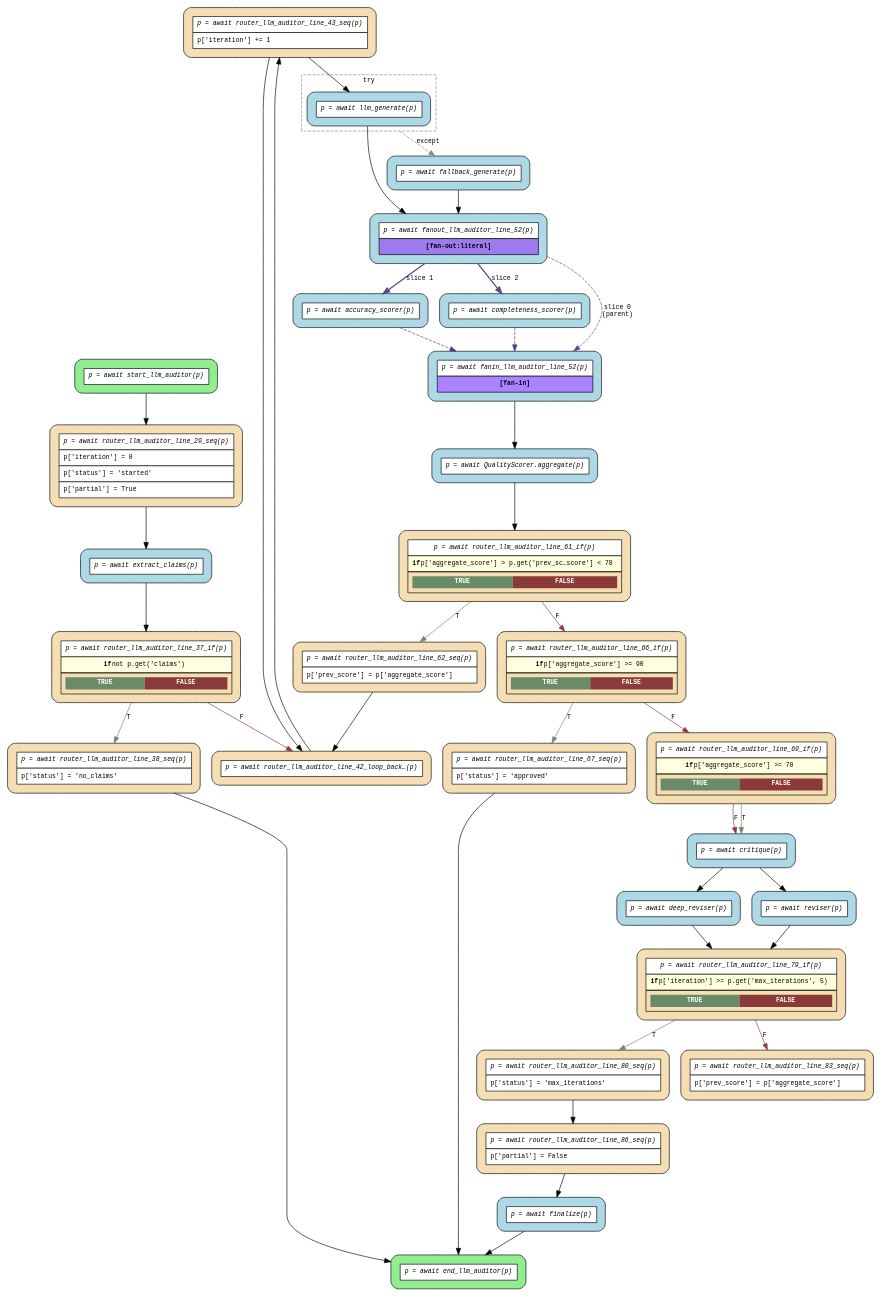
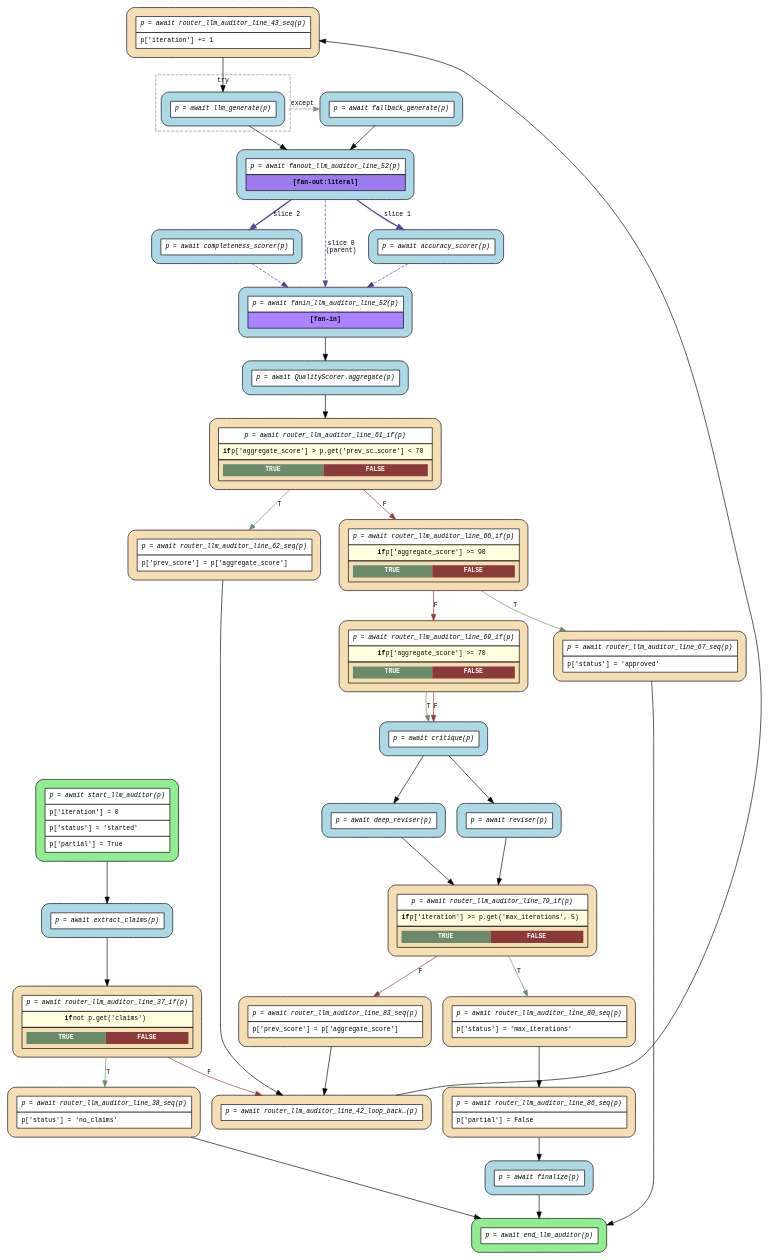
One commit to deliveryhero/asya changed the diagram in examples/flows/compiled/adk_llm_auditor/flow.dot. Above: the diagram before and after it, drawn with Graphviz. The commit also changed 6 other files, not shown here.

```diff
--- a/examples/flows/compiled/adk_llm_auditor/flow.dot
+++ b/examples/flows/compiled/adk_llm_auditor/flow.dot
@@ -5,23 +5,22 @@
   node [fontname="Courier", fontsize=10, shape=box, style="filled,rounded", margin="0.2"];
   edge [fontname="Courier", fontsize=10];
 
-  start_llm_auditor [fillcolor="lightgreen", label=<<table border="0" cellspacing="0" cellpadding="6" cellborder="1"><tr><td bgcolor="white" align="center"><i>p = await start_llm_auditor(p)</i></td></tr></table>>];
-  router_llm_auditor_line_38_seq [fillcolor="wheat", label=<<table border="0" cellspacing="0" cellpadding="6" cellborder="1"><tr><td bgcolor="white" align="center"><i>p = await router_llm_auditor_line_38_seq(p)</i></td></tr><tr><td bgcolor="white" align="left">p['status'] = 'no_claims'</td></tr></table>>];
-  router_llm_auditor_line_86_seq [fillcolor="wheat", label=<<table border="0" cellspacing="0" cellpadding="6" cellborder="1"><tr><td bgcolor="white" align="center"><i>p = await router_llm_auditor_line_86_seq(p)</i></td></tr><tr><td bgcolor="white" align="left">p['partial'] = False</td></tr></table>>];
-  router_llm_auditor_line_62_seq [fillcolor="wheat", label=<<table border="0" cellspacing="0" cellpadding="6" cellborder="1"><tr><td bgcolor="white" align="center"><i>p = await router_llm_auditor_line_62_seq(p)</i></td></tr><tr><td bgcolor="white" align="left">p['prev_score'] = p['aggregate_score']</td></tr></table>>];
-  router_llm_auditor_line_67_seq [fillcolor="wheat", label=<<table border="0" cellspacing="0" cellpadding="6" cellborder="1"><tr><td bgcolor="white" align="center"><i>p = await router_llm_auditor_line_67_seq(p)</i></td></tr><tr><td bgcolor="white" align="left">p['status'] = 'approved'</td></tr></table>>];
-  router_llm_auditor_line_69_if [fillcolor="wheat", label=<<table border="0" cellspacing="0" cellpadding="6" cellborder="1"><tr><td bgcolor="white" align="center"><i>p = await router_llm_auditor_line_69_if(p)</i></td></tr><tr><td bgcolor="lightyellow"><b>if</b> p['aggregate_score'] &gt;= 70</td></tr><tr><td><table border="0" cellspacing="0" cellpadding="4"><tr><td bgcolor="darkseagreen4"><font color="white"><b>TRUE</b></font></td><td bgcolor="indianred4"><font color="white"><b>FALSE</b></font></td></tr></table></td></tr></table>>];
-  router_llm_auditor_line_80_seq [fillcolor="wheat", label=<<table border="0" cellspacing="0" cellpadding="6" cellborder="1"><tr><td bgcolor="white" align="center"><i>p = await router_llm_auditor_line_80_seq(p)</i></td></tr><tr><td bgcolor="white" align="left">p['status'] = 'max_iterations'</td></tr></table>>];
-  router_llm_auditor_line_83_seq [fillcolor="wheat", label=<<table border="0" cellspacing="0" cellpadding="6" cellborder="1"><tr><td bgcolor="white" align="center"><i>p = await router_llm_auditor_line_83_seq(p)</i></td></tr><tr><td bgcolor="white" align="left">p['prev_score'] = p['aggregate_score']</td></tr></table>>];
-  router_llm_auditor_line_79_if [fillcolor="wheat", label=<<table border="0" cellspacing="0" cellpadding="6" cellborder="1"><tr><td bgcolor="white" align="center"><i>p = await router_llm_auditor_line_79_if(p)</i></td></tr><tr><td bgcolor="lightyellow"><b>if</b> p['iteration'] &gt;= p.get('max_iterations', 5)</td></tr><tr><td><table border="0" cellspacing="0" cellpadding="4"><tr><td bgcolor="darkseagreen4"><font color="white"><b>TRUE</b></font></td><td bgcolor="indianred4"><font color="white"><b>FALSE</b></font></td></tr></table></td></tr></table>>];
-  router_llm_auditor_line_66_if [fillcolor="wheat", label=<<table border="0" cellspacing="0" cellpadding="6" cellborder="1"><tr><td bgcolor="white" align="center"><i>p = await router_llm_auditor_line_66_if(p)</i></td></tr><tr><td bgcolor="lightyellow"><b>if</b> p['aggregate_score'] &gt;= 90</td></tr><tr><td><table border="0" cellspacing="0" cellpadding="4"><tr><td bgcolor="darkseagreen4"><font color="white"><b>TRUE</b></font></td><td bgcolor="indianred4"><font color="white"><b>FALSE</b></font></td></tr></table></td></tr></table>>];
-  router_llm_auditor_line_61_if [fillcolor="wheat", label=<<table border="0" cellspacing="0" cellpadding="6" cellborder="1"><tr><td bgcolor="white" align="center"><i>p = await router_llm_auditor_line_61_if(p)</i></td></tr><tr><td bgcolor="lightyellow"><b>if</b> p['aggregate_score'] &gt; p.get('prev_sc…score'] &lt; 70</td></tr><tr><td><table border="0" cellspacing="0" cellpadding="4"><tr><td bgcolor="darkseagreen4"><font color="white"><b>TRUE</b></font></td><td bgcolor="indianred4"><font color="white"><b>FALSE</b></font></td></tr></table></td></tr></table>>];
-  fanout_llm_auditor_line_52 [fillcolor="lightblue", label=<<table border="0" cellspacing="0" cellpadding="6" cellborder="1"><tr><td bgcolor="white" align="center"><i>p = await fanout_llm_auditor_line_52(p)</i></td></tr><tr><td bgcolor="mediumpurple2" align="center"><b>[fan-out:literal]</b></td></tr></table>>];
-  router_llm_auditor_line_43_seq [fillcolor="wheat", label=<<table border="0" cellspacing="0" cellpadding="6" cellborder="1"><tr><td bgcolor="white" align="center"><i>p = await router_llm_auditor_line_43_seq(p)</i></td></tr><tr><td bgcolor="white" align="left">p['iteration'] += 1</td></tr></table>>];
-  router_llm_auditor_line_42_loop_back_0 [fillcolor="wheat", label=<<table border="0" cellspacing="0" cellpadding="6" cellborder="1"><tr><td bgcolor="white" align="center"><i>p = await router_llm_auditor_line_42_loop_back…(p)</i></td></tr></table>>];
-  router_llm_auditor_line_37_if [fillcolor="wheat", label=<<table border="0" cellspacing="0" cellpadding="6" cellborder="1"><tr><td bgcolor="white" align="center"><i>p = await router_llm_auditor_line_37_if(p)</i></td></tr><tr><td bgcolor="lightyellow"><b>if</b> not p.get('claims')</td></tr><tr><td><table border="0" cellspacing="0" cellpadding="4"><tr><td bgcolor="darkseagreen4"><font color="white"><b>TRUE</b></font></td><td bgcolor="indianred4"><font color="white"><b>FALSE</b></font></td></tr></table></td></tr></table>>];
-  router_llm_auditor_line_29_seq [fillcolor="wheat", label=<<table border="0" cellspacing="0" cellpadding="6" cellborder="1"><tr><td bgcolor="white" align="center"><i>p = await router_llm_auditor_line_29_seq(p)</i></td></tr><tr><td bgcolor="white" align="left">p['iteration'] = 0</td></tr><tr><td bgcolor="white" align="left">p['status'] = 'started'</td></tr><tr><td bgcolor="white" align="left">p['partial'] = True</td></tr></table>>];
-  end_llm_auditor [fillcolor="lightgreen", label=<<table border="0" cellspacing="0" cellpadding="6" cellborder="1"><tr><td bgcolor="white" align="center"><i>p = await end_llm_auditor(p)</i></td></tr></table>>];
+  start_llm_auditor [fillcolor="lightgreen", group="main", label=<<table border="0" cellspacing="0" cellpadding="6" cellborder="1"><tr><td bgcolor="white" align="center"><i>p = await start_llm_auditor(p)</i></td></tr><tr><td bgcolor="white" align="left">p['iteration'] = 0</td></tr><tr><td bgcolor="white" align="left">p['status'] = 'started'</td></tr><tr><td bgcolor="white" align="left">p['partial'] = True</td></tr></table>>];
+  router_llm_auditor_line_38_seq [fillcolor="wheat", group="main", label=<<table border="0" cellspacing="0" cellpadding="6" cellborder="1"><tr><td bgcolor="white" align="center"><i>p = await router_llm_auditor_line_38_seq(p)</i></td></tr><tr><td bgcolor="white" align="left">p['status'] = 'no_claims'</td></tr></table>>];
+  router_llm_auditor_line_86_seq [fillcolor="wheat", group="main", label=<<table border="0" cellspacing="0" cellpadding="6" cellborder="1"><tr><td bgcolor="white" align="center"><i>p = await router_llm_auditor_line_86_seq(p)</i></td></tr><tr><td bgcolor="white" align="left">p['partial'] = False</td></tr></table>>];
+  router_llm_auditor_line_62_seq [fillcolor="wheat", group="main", label=<<table border="0" cellspacing="0" cellpadding="6" cellborder="1"><tr><td bgcolor="white" align="center"><i>p = await router_llm_auditor_line_62_seq(p)</i></td></tr><tr><td bgcolor="white" align="left">p['prev_score'] = p['aggregate_score']</td></tr></table>>];
+  router_llm_auditor_line_67_seq [fillcolor="wheat", group="main", label=<<table border="0" cellspacing="0" cellpadding="6" cellborder="1"><tr><td bgcolor="white" align="center"><i>p = await router_llm_auditor_line_67_seq(p)</i></td></tr><tr><td bgcolor="white" align="left">p['status'] = 'approved'</td></tr></table>>];
+  router_llm_auditor_line_69_if [fillcolor="wheat", group="main", label=<<table border="0" cellspacing="0" cellpadding="6" cellborder="1"><tr><td bgcolor="white" align="center"><i>p = await router_llm_auditor_line_69_if(p)</i></td></tr><tr><td bgcolor="lightyellow"><b>if</b> p['aggregate_score'] &gt;= 70</td></tr><tr><td><table border="0" cellspacing="0" cellpadding="4"><tr><td bgcolor="darkseagreen4"><font color="white"><b>TRUE</b></font></td><td bgcolor="indianred4"><font color="white"><b>FALSE</b></font></td></tr></table></td></tr></table>>];
+  router_llm_auditor_line_80_seq [fillcolor="wheat", group="main", label=<<table border="0" cellspacing="0" cellpadding="6" cellborder="1"><tr><td bgcolor="white" align="center"><i>p = await router_llm_auditor_line_80_seq(p)</i></td></tr><tr><td bgcolor="white" align="left">p['status'] = 'max_iterations'</td></tr></table>>];
+  router_llm_auditor_line_83_seq [fillcolor="wheat", group="main", label=<<table border="0" cellspacing="0" cellpadding="6" cellborder="1"><tr><td bgcolor="white" align="center"><i>p = await router_llm_auditor_line_83_seq(p)</i></td></tr><tr><td bgcolor="white" align="left">p['prev_score'] = p['aggregate_score']</td></tr></table>>];
+  router_llm_auditor_line_79_if [fillcolor="wheat", group="main", label=<<table border="0" cellspacing="0" cellpadding="6" cellborder="1"><tr><td bgcolor="white" align="center"><i>p = await router_llm_auditor_line_79_if(p)</i></td></tr><tr><td bgcolor="lightyellow"><b>if</b> p['iteration'] &gt;= p.get('max_iterations', 5)</td></tr><tr><td><table border="0" cellspacing="0" cellpadding="4"><tr><td bgcolor="darkseagreen4"><font color="white"><b>TRUE</b></font></td><td bgcolor="indianred4"><font color="white"><b>FALSE</b></font></td></tr></table></td></tr></table>>];
+  router_llm_auditor_line_66_if [fillcolor="wheat", group="main", label=<<table border="0" cellspacing="0" cellpadding="6" cellborder="1"><tr><td bgcolor="white" align="center"><i>p = await router_llm_auditor_line_66_if(p)</i></td></tr><tr><td bgcolor="lightyellow"><b>if</b> p['aggregate_score'] &gt;= 90</td></tr><tr><td><table border="0" cellspacing="0" cellpadding="4"><tr><td bgcolor="darkseagreen4"><font color="white"><b>TRUE</b></font></td><td bgcolor="indianred4"><font color="white"><b>FALSE</b></font></td></tr></table></td></tr></table>>];
+  router_llm_auditor_line_61_if [fillcolor="wheat", group="main", label=<<table border="0" cellspacing="0" cellpadding="6" cellborder="1"><tr><td bgcolor="white" align="center"><i>p = await router_llm_auditor_line_61_if(p)</i></td></tr><tr><td bgcolor="lightyellow"><b>if</b> p['aggregate_score'] &gt; p.get('prev_sc…score'] &lt; 70</td></tr><tr><td><table border="0" cellspacing="0" cellpadding="4"><tr><td bgcolor="darkseagreen4"><font color="white"><b>TRUE</b></font></td><td bgcolor="indianred4"><font color="white"><b>FALSE</b></font></td></tr></table></td></tr></table>>];
+  fanout_llm_auditor_line_52 [fillcolor="lightblue", group="main", label=<<table border="0" cellspacing="0" cellpadding="6" cellborder="1"><tr><td bgcolor="white" align="center"><i>p = await fanout_llm_auditor_line_52(p)</i></td></tr><tr><td bgcolor="mediumpurple2" align="center"><b>[fan-out:literal]</b></td></tr></table>>];
+  router_llm_auditor_line_43_seq [fillcolor="wheat", group="main", label=<<table border="0" cellspacing="0" cellpadding="6" cellborder="1"><tr><td bgcolor="white" align="center"><i>p = await router_llm_auditor_line_43_seq(p)</i></td></tr><tr><td bgcolor="white" align="left">p['iteration'] += 1</td></tr></table>>];
+  router_llm_auditor_line_42_loop_back_0 [fillcolor="wheat", group="main", label=<<table border="0" cellspacing="0" cellpadding="6" cellborder="1"><tr><td bgcolor="white" align="center"><i>p = await router_llm_auditor_line_42_loop_back…(p)</i></td></tr></table>>];
+  router_llm_auditor_line_37_if [fillcolor="wheat", group="main", label=<<table border="0" cellspacing="0" cellpadding="6" cellborder="1"><tr><td bgcolor="white" align="center"><i>p = await router_llm_auditor_line_37_if(p)</i></td></tr><tr><td bgcolor="lightyellow"><b>if</b> not p.get('claims')</td></tr><tr><td><table border="0" cellspacing="0" cellpadding="4"><tr><td bgcolor="darkseagreen4"><font color="white"><b>TRUE</b></font></td><td bgcolor="indianred4"><font color="white"><b>FALSE</b></font></td></tr></table></td></tr></table>>];
+  end_llm_auditor [fillcolor="lightgreen", group="main", label=<<table border="0" cellspacing="0" cellpadding="6" cellborder="1"><tr><td bgcolor="white" align="center"><i>p = await end_llm_auditor(p)</i></td></tr></table>>];
   accuracy_scorer [fillcolor="lightblue", label=<<table border="0" cellspacing="0" cellpadding="6" cellborder="1"><tr><td bgcolor="white" align="center"><i>p = await accuracy_scorer(p)</i></td></tr></table>>];
   adk_llm_auditor_QualityScorer_aggregate [fillcolor="lightblue", label=<<table border="0" cellspacing="0" cellpadding="6" cellborder="1"><tr><td bgcolor="white" align="center"><i>p = await QualityScorer.aggregate(p)</i></td></tr></table>>];
   completeness_scorer [fillcolor="lightblue", label=<<table border="0" cellspacing="0" cellpadding="6" cellborder="1"><tr><td bgcolor="white" align="center"><i>p = await completeness_scorer(p)</i></td></tr></table>>];
@@ -54,16 +53,14 @@
   fanout_llm_auditor_line_52 -> completeness_scorer [color=mediumpurple4, label="slice 2", style=bold];
   fanout_llm_auditor_line_52 -> fanin_llm_auditor_line_52 [color=mediumpurple4, label="slice 0\n(parent)", style=dashed];
   finalize -> end_llm_auditor;
-  llm_generate -> fallback_generate [ltail=cluster_try_0, color=snow4, style=dashed, label="except"];
+  llm_generate -> fallback_generate [ltail=cluster_try_0, color=snow4, style=dashed, label="except", constraint=false];
   llm_generate -> fanout_llm_auditor_line_52;
   reviser -> router_llm_auditor_line_79_if;
-  router_llm_auditor_line_29_seq -> extract_claims;
   router_llm_auditor_line_37_if -> router_llm_auditor_line_38_seq [label="T", color=darkseagreen4];
   router_llm_auditor_line_37_if -> router_llm_auditor_line_42_loop_back_0 [label="F", color=indianred4];
   router_llm_auditor_line_38_seq -> end_llm_auditor;
   router_llm_auditor_line_42_loop_back_0 -> router_llm_auditor_line_43_seq [constraint=false];
   router_llm_auditor_line_43_seq -> llm_generate;
-  router_llm_auditor_line_43_seq -> router_llm_auditor_line_42_loop_back_0;
   router_llm_auditor_line_61_if -> router_llm_auditor_line_62_seq [label="T", color=darkseagreen4];
   router_llm_auditor_line_61_if -> router_llm_auditor_line_66_if [label="F", color=indianred4];
   router_llm_auditor_line_62_seq -> router_llm_auditor_line_42_loop_back_0;
@@ -75,6 +72,7 @@
   router_llm_auditor_line_79_if -> router_llm_auditor_line_80_seq [label="T", color=darkseagreen4];
   router_llm_auditor_line_79_if -> router_llm_auditor_line_83_seq [label="F", color=indianred4];
   router_llm_auditor_line_80_seq -> router_llm_auditor_line_86_seq;
+  router_llm_auditor_line_83_seq -> router_llm_auditor_line_42_loop_back_0;
   router_llm_auditor_line_86_seq -> finalize;
-  start_llm_auditor -> router_llm_auditor_line_29_seq;
+  start_llm_auditor -> extract_claims;
 }
```
